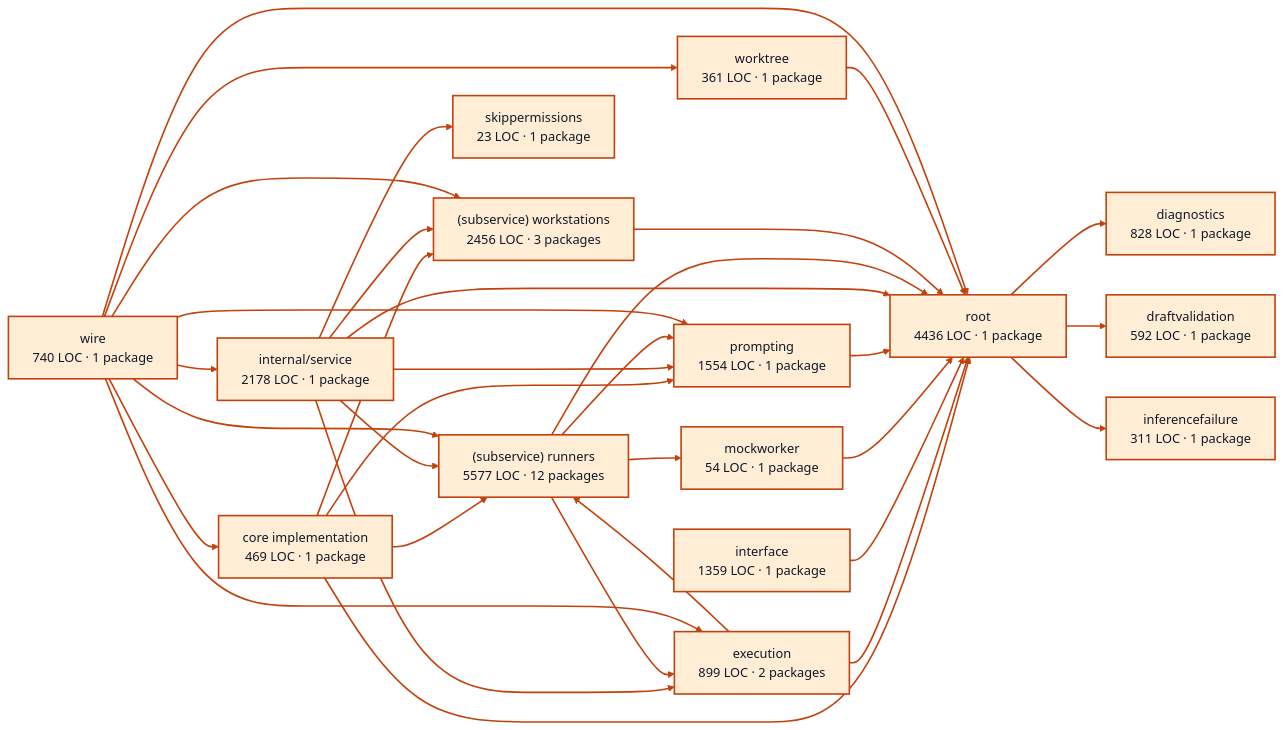
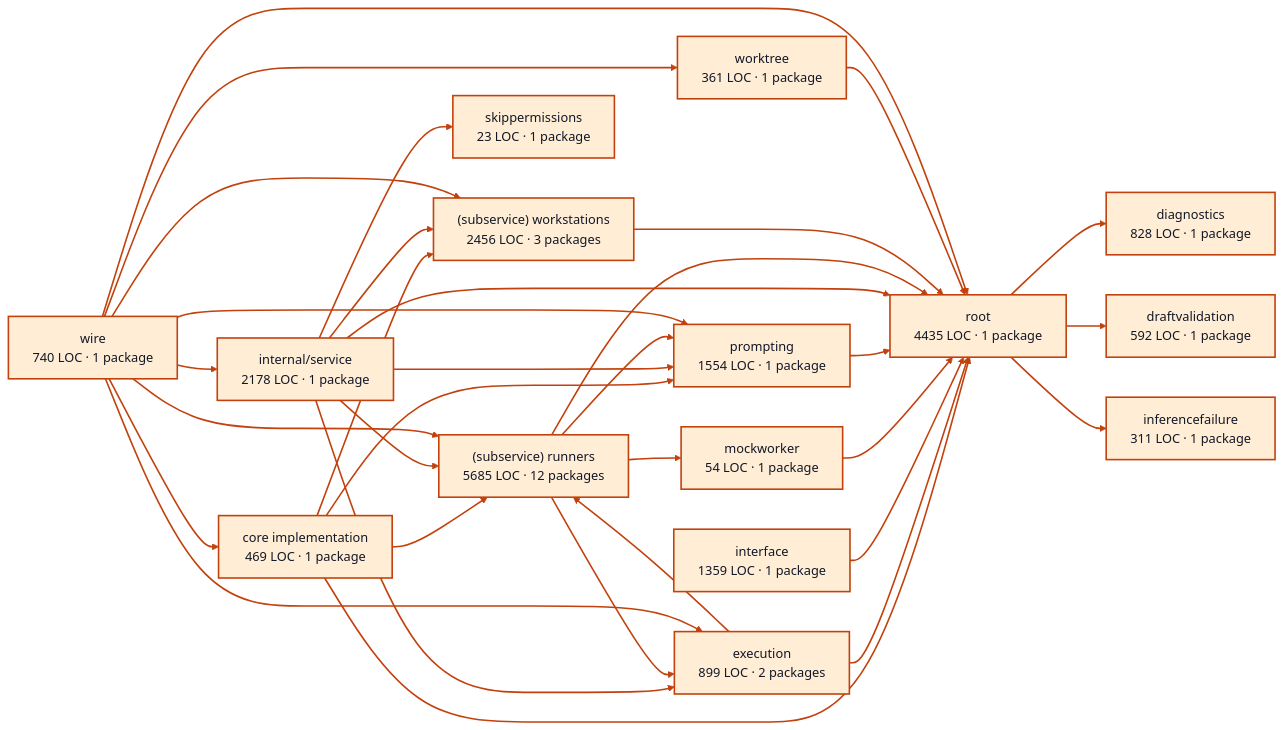
The diagram in docs/architecture/visualizations/services/workers.md (portpowered/you-agent-factory), drawn with Mermaid before and after one commit. The commit also changed other lines of this file and 20 other files, not shown here.

Commit message:
docs: refresh backend architecture visualizations

````diff
--- a/docs/architecture/visualizations/services/workers.md
+++ b/docs/architecture/visualizations/services/workers.md
@@ -11,66 +11,66 @@
 ```mermaid
 flowchart LR
   p0["core implementation<br/>469 LOC · 1 package"]
   p1["diagnostics<br/>828 LOC · 1 package"]
   p2["draftvalidation<br/>592 LOC · 1 package"]
   p3["execution<br/>899 LOC · 2 packages"]
   p4["inferencefailure<br/>311 LOC · 1 package"]
   p5["interface<br/>1359 LOC · 1 package"]
   p6["mockworker<br/>54 LOC · 1 package"]
   p7["prompting<br/>1554 LOC · 1 package"]
   p8["internal/service<br/>2178 LOC · 1 package"]
-  p9["(subservice) runners<br/>5577 LOC · 12 packages"]
+  p9["(subservice) runners<br/>5685 LOC · 12 packages"]
   p10["(subservice) workstations<br/>2456 LOC · 3 packages"]
   p11["skippermissions<br/>23 LOC · 1 package"]
   p12["worktree<br/>361 LOC · 1 package"]
-  p13["root<br/>4436 LOC · 1 package"]
+  p13["root<br/>4435 LOC · 1 package"]
   p14["wire<br/>740 LOC · 1 package"]
   p0 --> p7
   p0 --> p9
   p0 --> p10
   p0 --> p13
   p3 --> p9
   p3 --> p13
   p5 --> p13
   p6 --> p13
   p7 --> p13
   p8 --> p3
   p8 --> p7
   p8 --> p9
   p8 --> p10
   p8 --> p11
   p8 --> p13
   p9 --> p3
   p9 --> p6
   p9 --> p7
   p9 --> p13
   p10 --> p13
   p12 --> p13
   p13 --> p1
   p13 --> p2
   p13 --> p4
   p14 --> p0
   p14 --> p3
   p14 --> p7
   p14 --> p8
   p14 --> p9
   p14 --> p10
   p14 --> p12
   p14 --> p13
   style p0 fill:#ffedd5,stroke:#c2410c,stroke-width:2px,color:#111827
   style p1 fill:#ffedd5,stroke:#c2410c,stroke-width:2px,color:#111827
   style p2 fill:#ffedd5,stroke:#c2410c,stroke-width:2px,color:#111827
   style p3 fill:#ffedd5,stroke:#c2410c,stroke-width:2px,color:#111827
   style p4 fill:#ffedd5,stroke:#c2410c,stroke-width:2px,color:#111827
   style p5 fill:#ffedd5,stroke:#c2410c,stroke-width:2px,color:#111827
   style p6 fill:#ffedd5,stroke:#c2410c,stroke-width:2px,color:#111827
   style p7 fill:#ffedd5,stroke:#c2410c,stroke-width:2px,color:#111827
   style p8 fill:#ffedd5,stroke:#c2410c,stroke-width:2px,color:#111827
   style p9 fill:#ffedd5,stroke:#c2410c,stroke-width:2px,color:#111827
   style p10 fill:#ffedd5,stroke:#c2410c,stroke-width:2px,color:#111827
   style p11 fill:#ffedd5,stroke:#c2410c,stroke-width:2px,color:#111827
   style p12 fill:#ffedd5,stroke:#c2410c,stroke-width:2px,color:#111827
   style p13 fill:#ffedd5,stroke:#c2410c,stroke-width:2px,color:#111827
   style p14 fill:#ffedd5,stroke:#c2410c,stroke-width:2px,color:#111827
   linkStyle default stroke:#c2410c,stroke-width:2px
 ```
````
